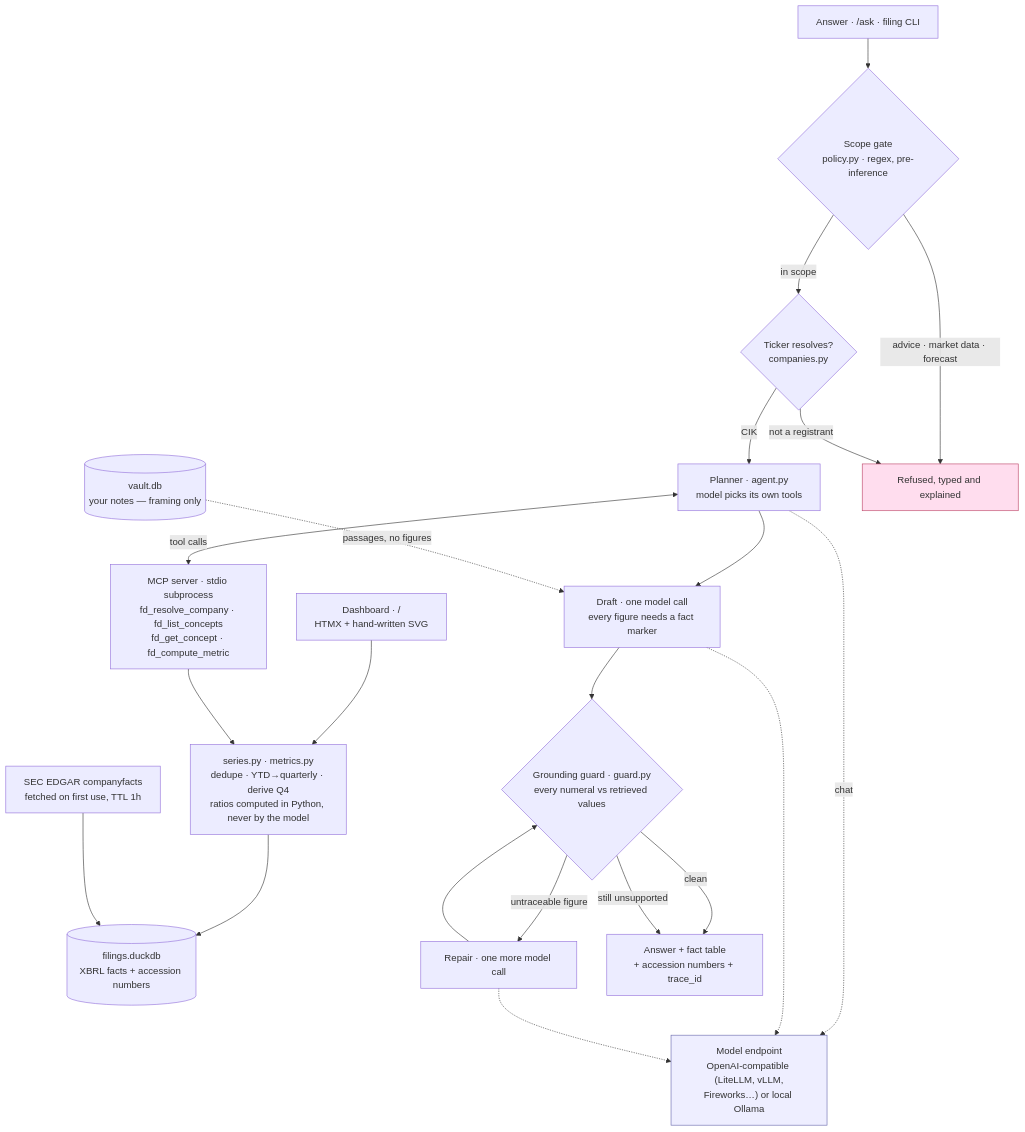
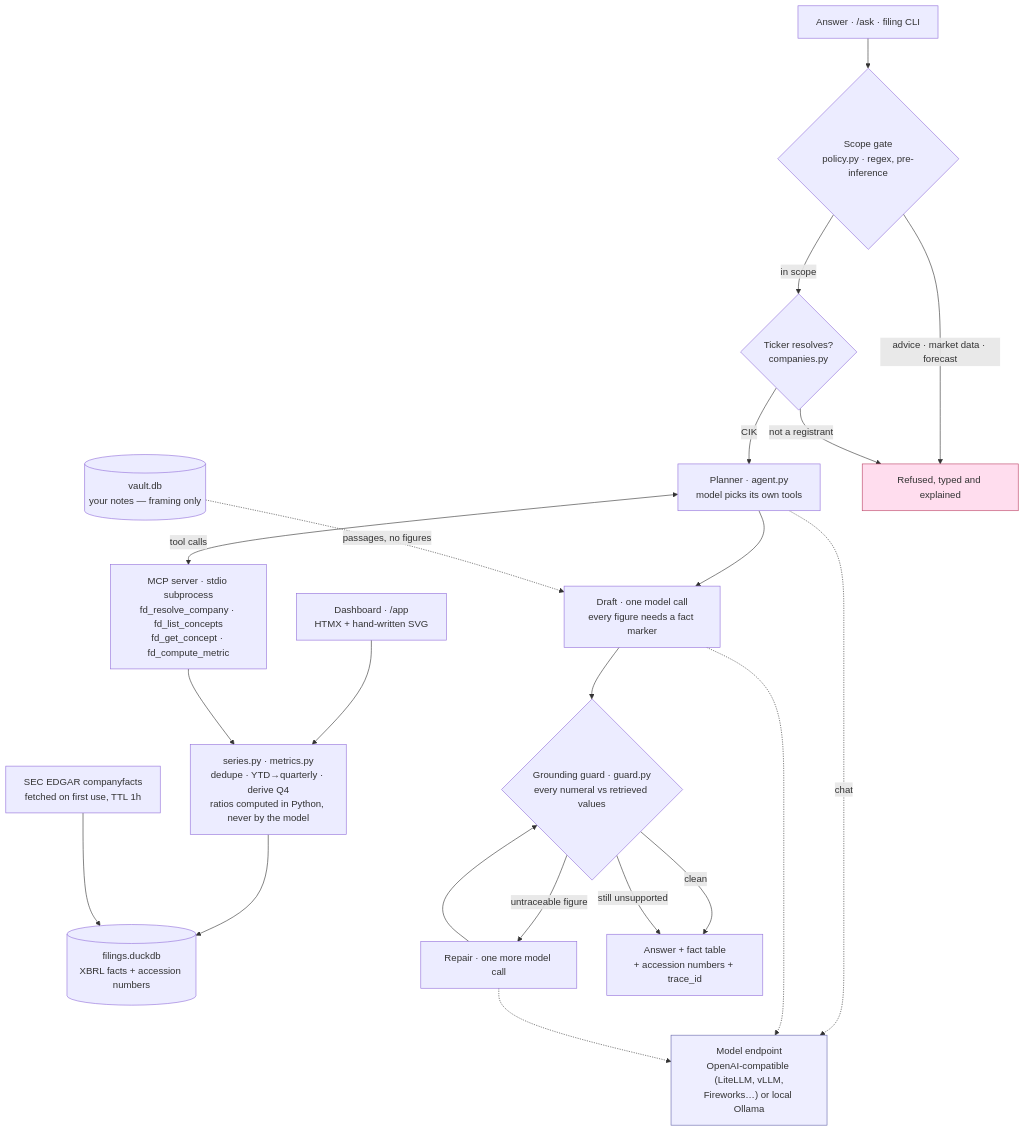
The diagram in README.md (nicholasbaillargeon-ux/Capstone), drawn with Mermaid before and after one commit. The commit also changed other lines of this file and 4 other files, not shown here.

First line of the commit message:
Give the landing page the root and move the dashboard to /app

````diff
--- a/README.md
+++ b/README.md
@@ -44,45 +48,45 @@
 ```mermaid
 flowchart TB
-    WEB["Dashboard · /<br/>HTMX + hand-written SVG"]
+    WEB["Dashboard · /app<br/>HTMX + hand-written SVG"]
     ASK["Answer · /ask · filing CLI"]
 
     SCOPE{"Scope gate<br/>policy.py · regex, pre-inference"}
     RESOLVE{"Ticker resolves?<br/>companies.py"}
     PLAN["Planner · agent.py<br/>model picks its own tools"]
     MCP["MCP server · stdio subprocess<br/>fd_resolve_company · fd_list_concepts<br/>fd_get_concept · fd_compute_metric"]
     SERIES["series.py · metrics.py<br/>dedupe · YTD→quarterly · derive Q4<br/>ratios computed in Python, never by the model"]
     DUCK[("filings.duckdb<br/>XBRL facts + accession numbers")]
     EDGAR["SEC EDGAR companyfacts<br/>fetched on first use, TTL 1h"]
     VAULT[("vault.db<br/>your notes — framing only")]
     DRAFT["Draft · one model call<br/>every figure needs a fact marker"]
     GUARD{"Grounding guard · guard.py<br/>every numeral vs retrieved values"}
     REPAIR["Repair · one more model call"]
     OUT["Answer + fact table<br/>+ accession numbers + trace_id"]
     LLM["Model endpoint<br/>OpenAI-compatible (LiteLLM, vLLM,<br/>Fireworks…) or local Ollama"]
 
     WEB --> SERIES
     ASK --> SCOPE
     SCOPE -->|"advice · market data · forecast"| REFUSE["Refused, typed and explained"]
     SCOPE -->|in scope| RESOLVE
     RESOLVE -->|"not a registrant"| REFUSE
     RESOLVE -->|CIK| PLAN
     PLAN <-->|"tool calls"| MCP
     PLAN -.->|"chat"| LLM
     MCP --> SERIES
     SERIES --> DUCK
     EDGAR --> DUCK
     PLAN --> DRAFT
     VAULT -.->|"passages, no figures"| DRAFT
     DRAFT -.-> LLM
     DRAFT --> GUARD
     GUARD -->|"untraceable figure"| REPAIR
     REPAIR -.-> LLM
     REPAIR --> GUARD
     GUARD -->|clean| OUT
     GUARD -->|"still unsupported"| OUT
 
     classDef refuse fill:#fde,stroke:#b46,color:#333
     classDef model fill:#eef,stroke:#66a,color:#333
     class REFUSE refuse
     class LLM model
 ```
````
